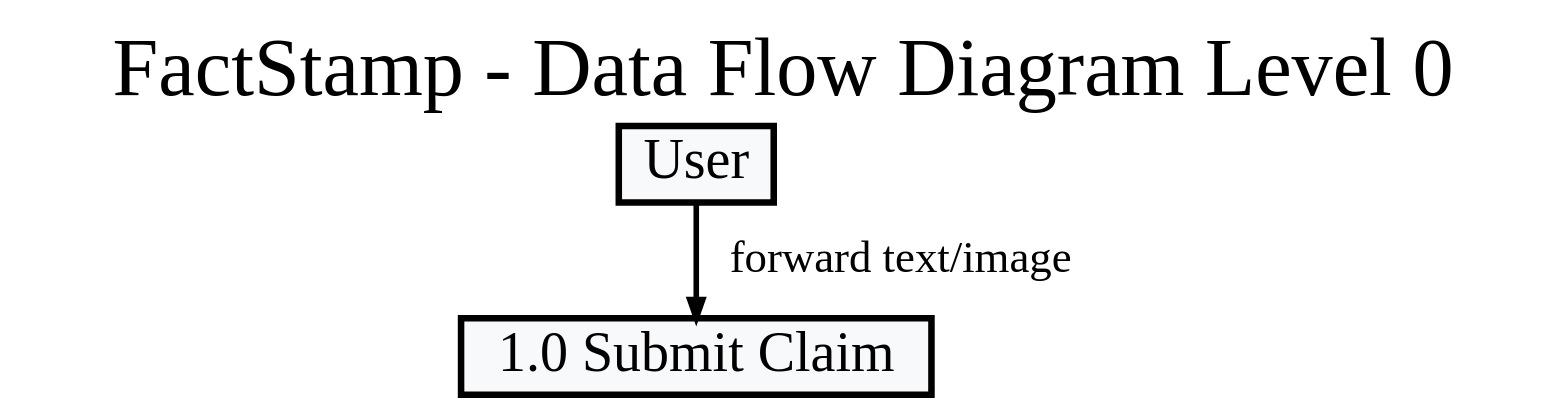
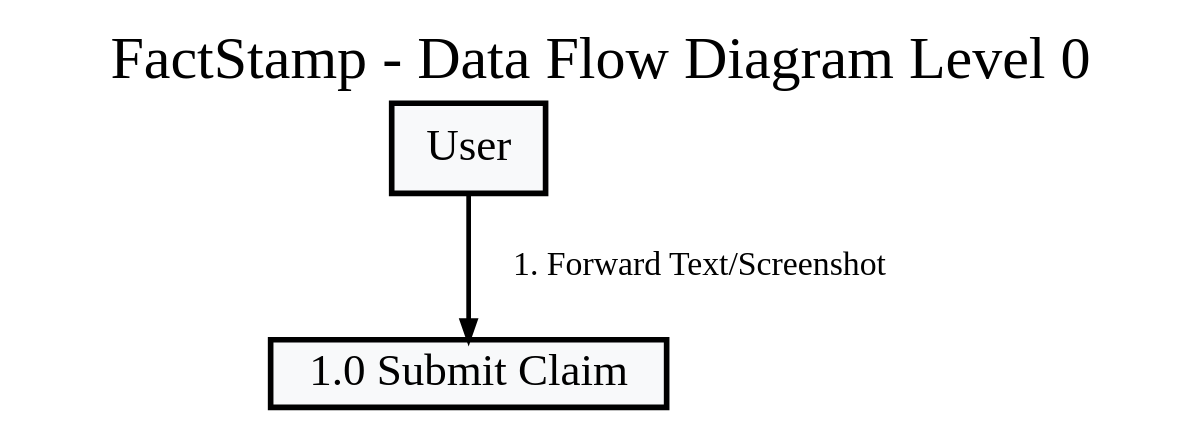
Before and after one commit to aadish0day/typst: diagram 11 of 12 in FactStamp/Rules/Diagram-rules.md, drawn with Graphviz. The commit also changed other lines of this file and 67 other files, not shown here.

````diff
--- a/FactStamp/Rules/Diagram-rules.md
+++ b/FactStamp/Rules/Diagram-rules.md
@@ -356,16 +460,19 @@
 ```dot
 digraph DFD {
   bgcolor="white"
-  fontname="Times New Roman"
+  fontname="Liberation Sans Bold"
   label="FactStamp - Data Flow Diagram Level 0"
   labelloc=t
-  fontsize=44
+  fontsize=32
   rankdir=TB
-  node [fontname="Times New Roman", fontsize=30, style=filled, fillcolor="#F8F9FA", color="#000000", penwidth=3.5]
-  edge [fontname="Times New Roman", fontsize=24, color="#000000", penwidth=3.0]
+  nodesep=0.5
+  ranksep=0.8
+  margin=0.05
+  node [fontname="Liberation Sans Bold", fontsize=24, style="filled,bold", fillcolor="#F8F9FA", color="#000000", penwidth=3.0]
+  edge [fontname="Liberation Sans Bold", fontsize=18, color="#000000", penwidth=2.5]
   node [shape=circle]
   node [shape=box]
-  User [shape=box]
-  User -> "1.0 Submit Claim" [label="forward text/image"]
+  User [shape=box, margin="0.2,0.15"]
+  User -> "1.0 Submit Claim" [label=" 1. Forward Text/Screenshot "]
 }
 ```
````
